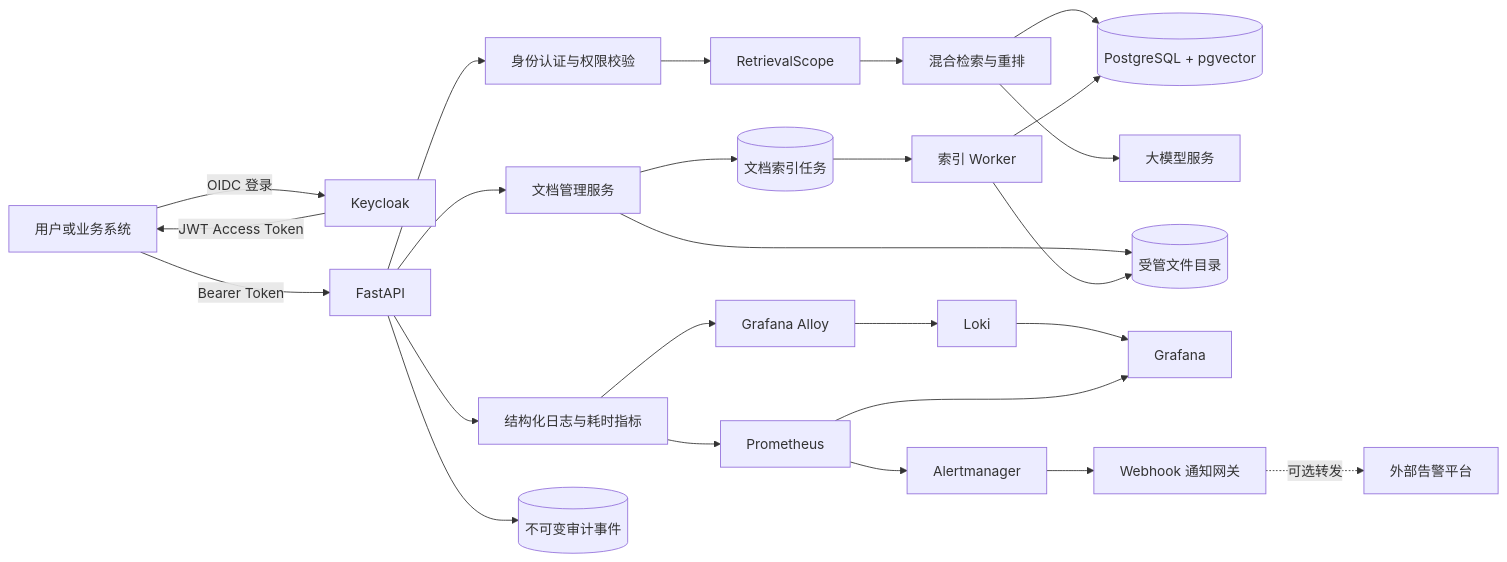
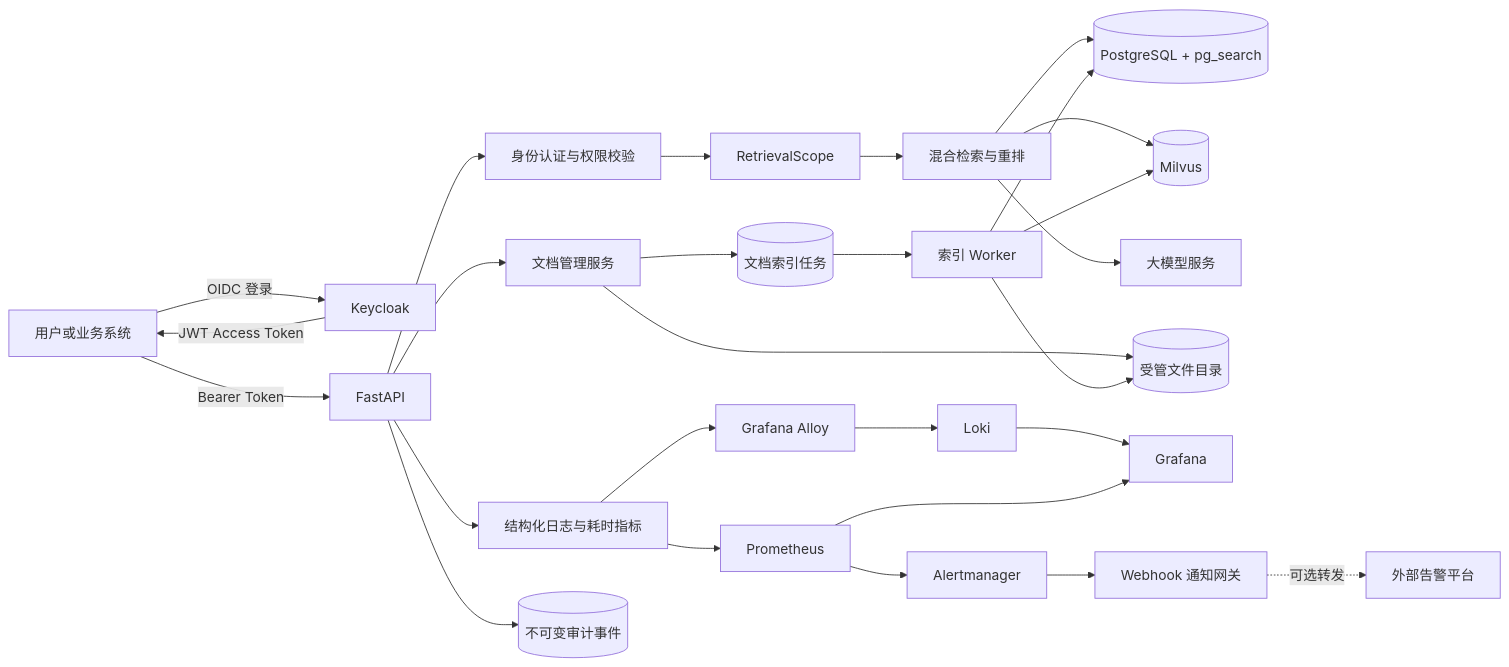
One commit to Heresy0/Agentic_RAG_Enterprise_knowledge_base changed the diagram in README.md. Above: the diagram before and after it, drawn with Mermaid. The commit also changed other lines of this file and 49 other files, not shown here.

````diff
--- a/README.md
+++ b/README.md
@@ -37,27 +39,29 @@
 ```mermaid
 flowchart LR
     U[用户或业务系统] -->|OIDC 登录| K[Keycloak]
     K -->|JWT Access Token| U
     U -->|Bearer Token| A[FastAPI]
     A --> I[身份认证与权限校验]
     I --> S[RetrievalScope]
     S --> R[混合检索与重排]
-    R --> P[(PostgreSQL + pgvector)]
+    R --> P[(PostgreSQL + pg_search)]
+    R --> V[(Milvus)]
     R --> L[大模型服务]
     A --> D[文档管理服务]
     D --> F[(受管文件目录)]
     D --> J[(文档索引任务)]
     J --> W[索引 Worker]
     W --> F
     W --> P
+    W --> V
     A --> O[结构化日志与耗时指标]
     A --> AU[(不可变审计事件)]
     O --> M[Prometheus]
     O --> AL[Grafana Alloy]
     AL --> LK[Loki]
     LK --> G[Grafana]
     M --> G[Grafana]
     M --> AM[Alertmanager]
     AM --> AW[Webhook 通知网关]
     AW -. 可选转发 .-> E[外部告警平台]
 ```
````
